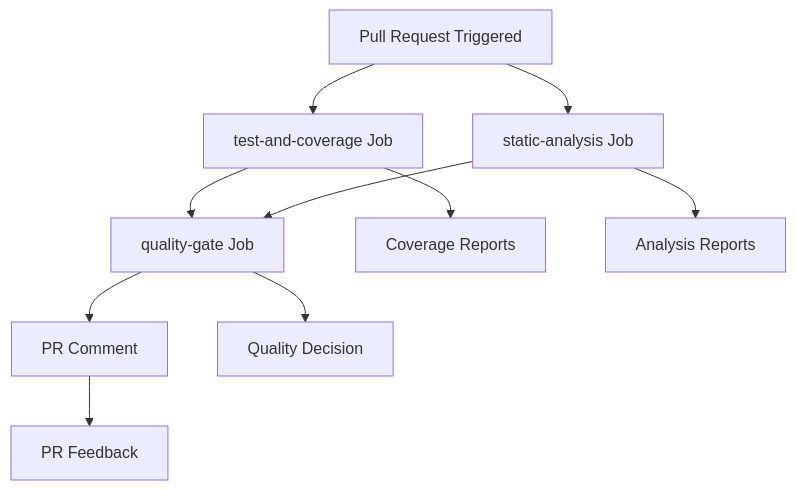
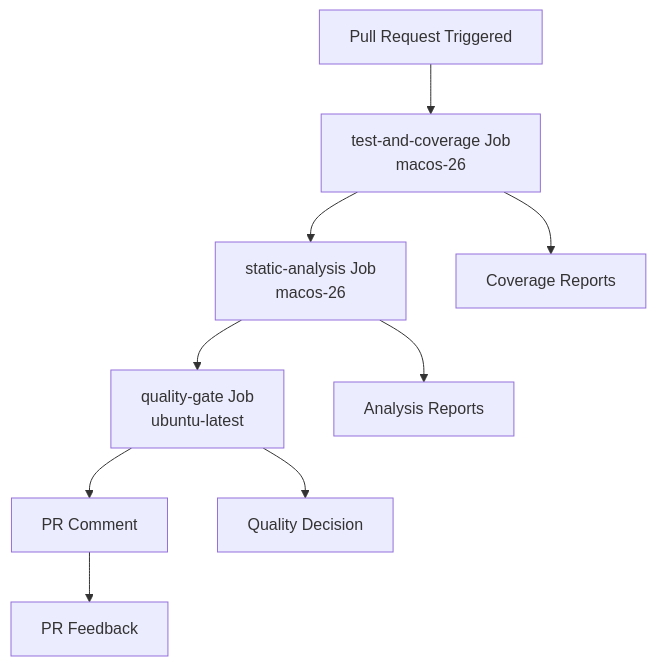
Before and after one commit to ericodx/swift-structure: the first of 2 diagrams in Docs/CI/pull-request-analysis.md, drawn with Mermaid. The commit also changed other lines of this file and 4 other files, not shown here.

````diff
--- a/Docs/CI/pull-request-analysis.md
+++ b/Docs/CI/pull-request-analysis.md
@@ -43,13 +44,12 @@
 ```mermaid
 flowchart TD
-    A[Pull Request Triggered] --> B[test-and-coverage Job]
-    A --> C[static-analysis Job]
-    B --> D[quality-gate Job]
-    C --> D
+    A[Pull Request Triggered] --> B[test-and-coverage Job<br/>macos-26]
+    B --> C[static-analysis Job<br/>macos-26]
+    C --> D[quality-gate Job<br/>ubuntu-latest]
     D --> E[PR Comment]
-    
+
     B --> F[Coverage Reports]
     C --> G[Analysis Reports]
     D --> H[Quality Decision]
     E --> I[PR Feedback]
 ```
````
